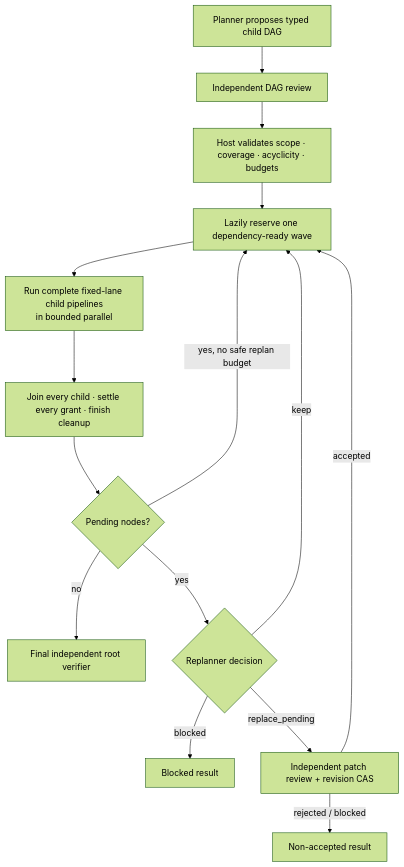
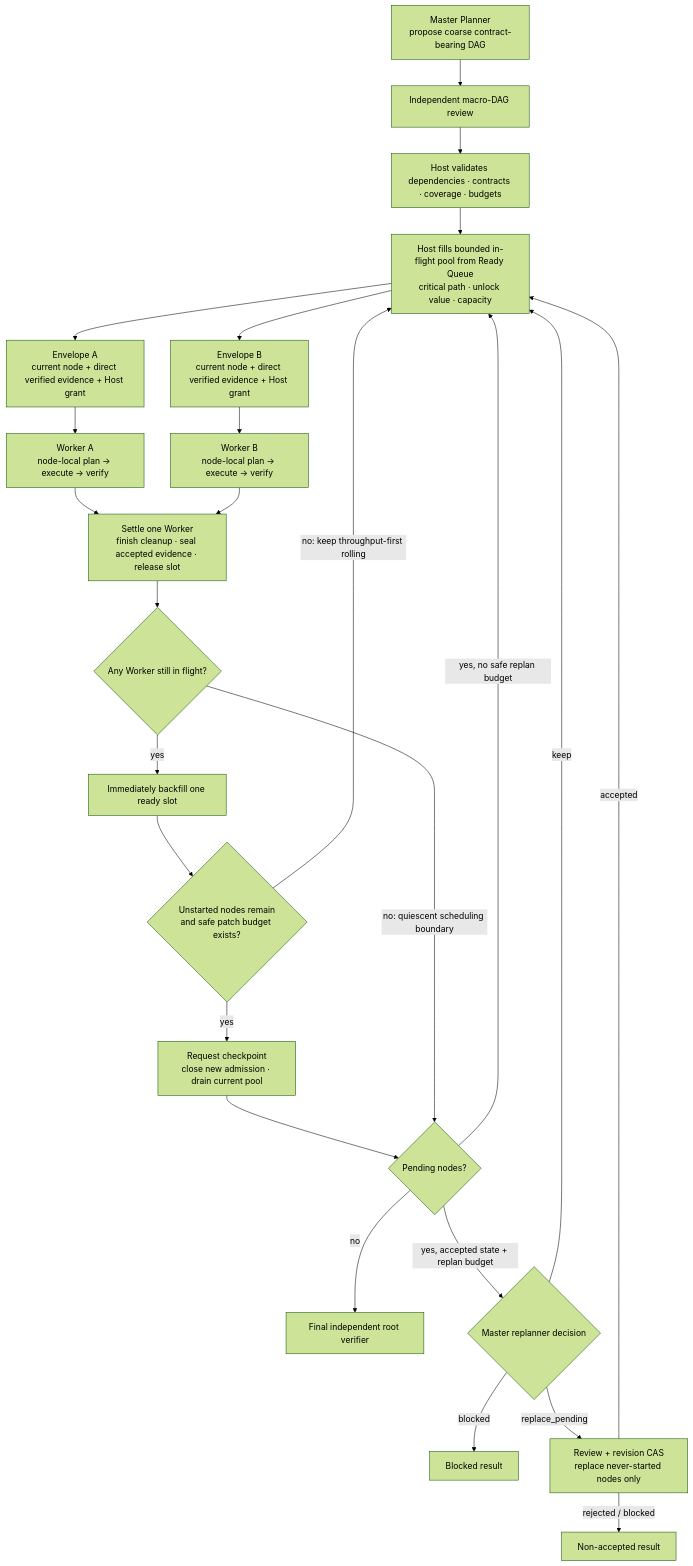
The second of 2 diagrams in README.md (c4pt0r/dsh-task-dispatcher), drawn with Mermaid (forest theme) before and after one commit. The commit also changed other lines of this file and 15 other files, not shown here.

Commit message:
feat: add hierarchical macro scheduling

````diff
--- a/README.md
+++ b/README.md
@@ -305,17 +343,27 @@
 ```mermaid
 flowchart TD
-  P["Planner proposes typed child DAG"] --> R["Independent DAG review"]
-  R --> V["Host validates scope · coverage · acyclicity · budgets"]
-  V --> W["Lazily reserve one dependency-ready wave"]
-  W --> C["Run complete fixed-lane child pipelines<br/>in bounded parallel"]
-  C --> J["Join every child · settle every grant · finish cleanup"]
-  J --> Q{"Pending nodes?"}
+  P["Master Planner<br/>propose coarse contract-bearing DAG"] --> R["Independent macro-DAG review"]
+  R --> V["Host validates dependencies · contracts · coverage · budgets"]
+  V --> W["Host fills bounded in-flight pool from Ready Queue<br/>critical path · unlock value · capacity"]
+  W --> EA["Envelope A<br/>current node + direct verified evidence + Host grant"]
+  W --> EB["Envelope B<br/>current node + direct verified evidence + Host grant"]
+  EA --> CA["Worker A<br/>node-local plan → execute → verify"]
+  EB --> CB["Worker B<br/>node-local plan → execute → verify"]
+  CA --> S["Settle one Worker<br/>finish cleanup · seal accepted evidence · release slot"]
+  CB --> S
+  S --> I{"Any Worker still in flight?"}
+  I -->|"yes"| BF["Immediately backfill one ready slot"]
+  BF --> CP{"Unstarted nodes remain<br/>and safe patch budget exists?"}
+  CP -->|"no: keep throughput-first rolling"| W
+  CP -->|"yes"| D["Request checkpoint<br/>close new admission · drain current pool"]
+  D --> Q
+  I -->|"no: quiescent scheduling boundary"| Q{"Pending nodes?"}
   Q -->|"no"| F["Final independent root verifier"]
   Q -->|"yes, no safe replan budget"| W
-  Q -->|"yes"| RP{"Replanner decision"}
+  Q -->|"yes, accepted state + replan budget"| RP{"Master replanner decision"}
   RP -->|"keep"| W
   RP -->|"blocked"| B["Blocked result"]
-  RP -->|"replace_pending"| PR["Independent patch review + revision CAS"]
+  RP -->|"replace_pending"| PR["Review + revision CAS<br/>replace never-started nodes only"]
   PR -->|"accepted"| W
   PR -->|"rejected / blocked"| X["Non-accepted result"]
 ```
````
